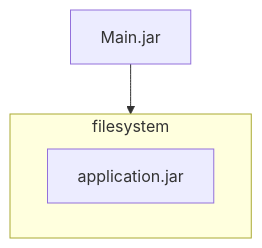
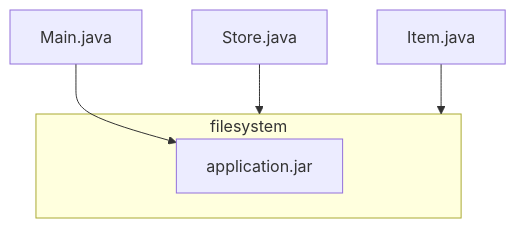
Before and after one commit to maulikdave-fh/notes: the diagram in distributed-systems/1-Introduction.md, drawn with Mermaid.

Commit message:
add introduction

````diff
--- a/distributed-systems/1-Introduction.md
+++ b/distributed-systems/1-Introduction.md
@@ -27,7 +27,9 @@
 ```mermaid
     flowchart TB
         subgraph filesystem
             application.jar
         end
-        Main.jar --> filesystem
+        Main.java --> application.jar
+        Store.java --> filesystem
+        Item.java --> filesystem
 ```
````
